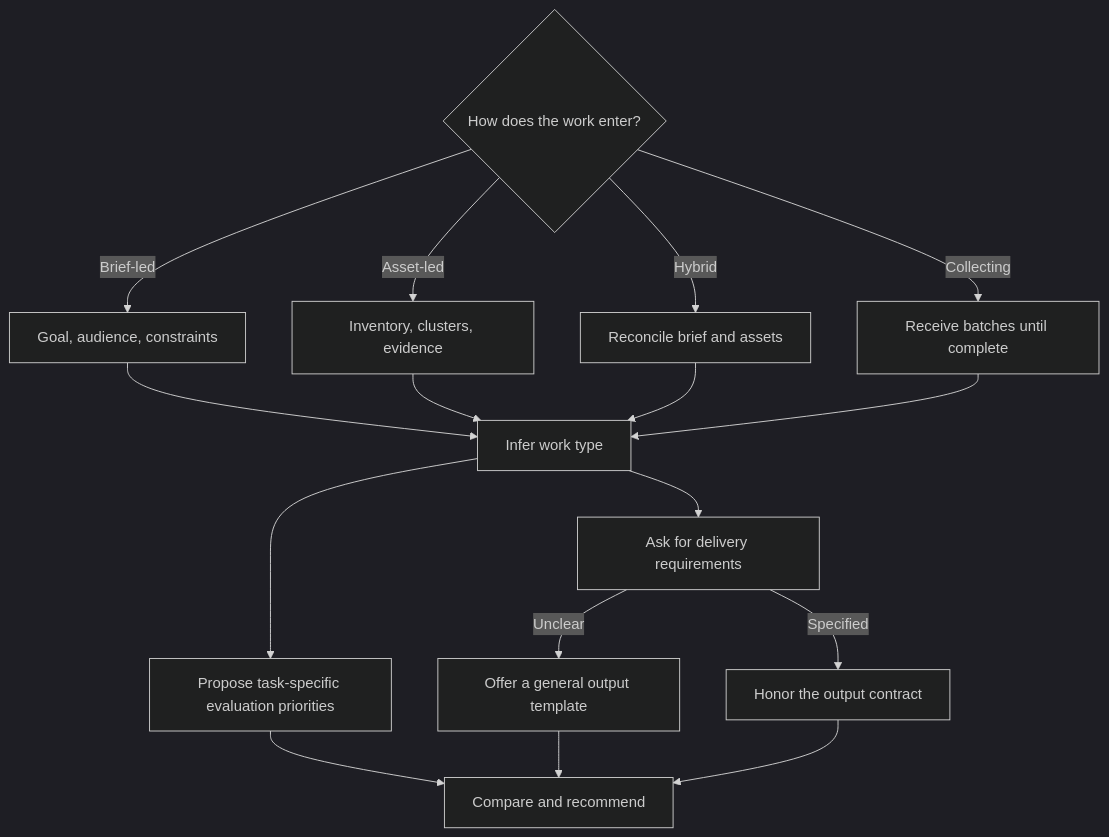
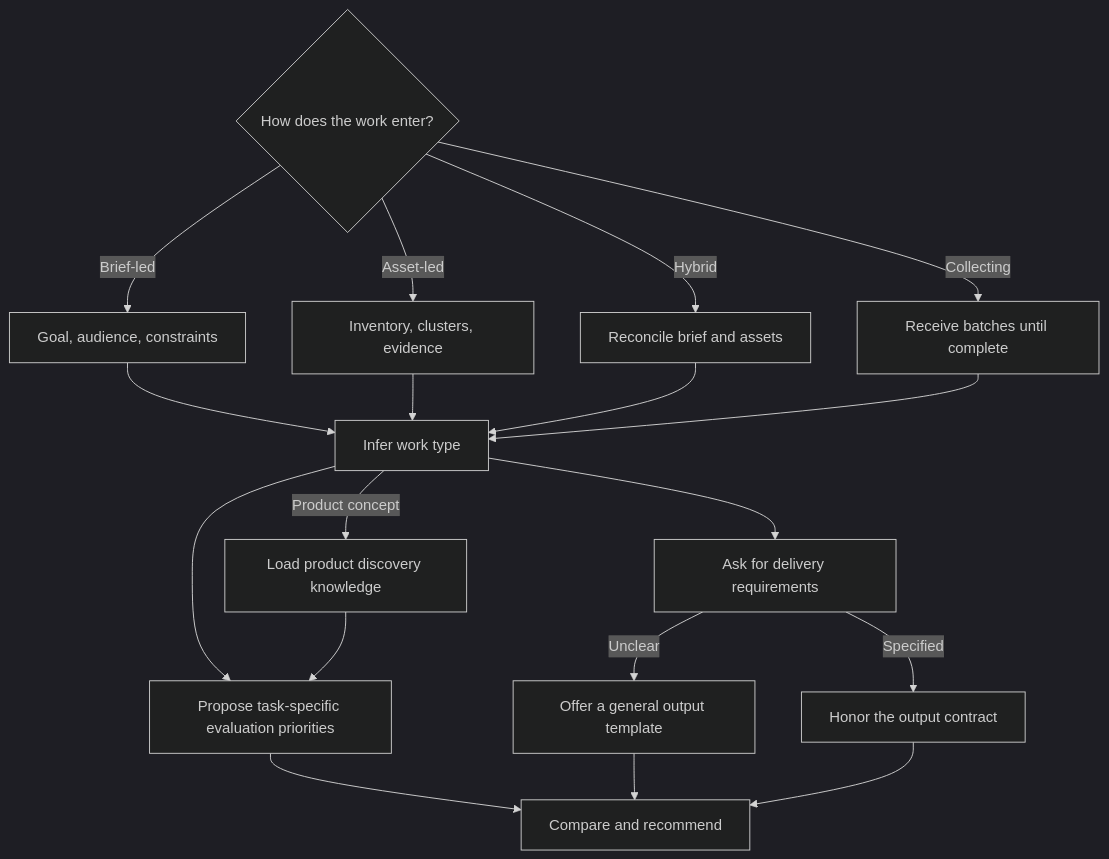
Before and after one commit to Cathde/creative-work-helper: the second of 2 diagrams in README.md, drawn with Mermaid (dark theme). The commit also changed other lines of this file and 6 other files, not shown here.

First line of the commit message:
Improve guided planning and add product discovery

````diff
--- a/README.md
+++ b/README.md
@@ -42,19 +59,21 @@
 ```mermaid
 flowchart TD
     I{"How does the work enter?"}
     I -->|Brief-led| B["Goal, audience, constraints"]
     I -->|Asset-led| A["Inventory, clusters, evidence"]
     I -->|Hybrid| H["Reconcile brief and assets"]
     I -->|Collecting| C["Receive batches until complete"]
     B --> W["Infer work type"]
     A --> W
     H --> W
     C --> W
     W --> P["Propose task-specific evaluation priorities"]
     W --> O["Ask for delivery requirements"]
+    W -->|Product concept| PD["Load product discovery knowledge"]
+    PD --> P
     O -->|Unclear| T["Offer a general output template"]
     O -->|Specified| D["Honor the output contract"]
     P --> R["Compare and recommend"]
     T --> R
     D --> R
 ```
````
